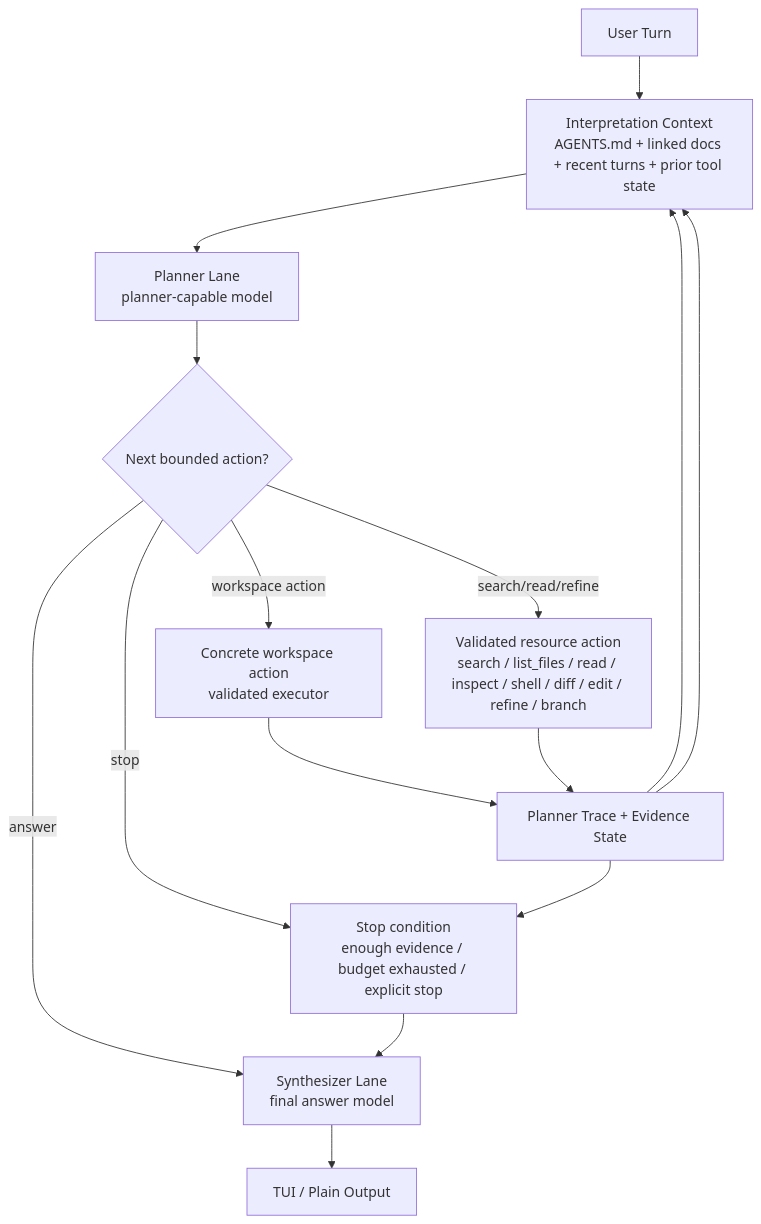
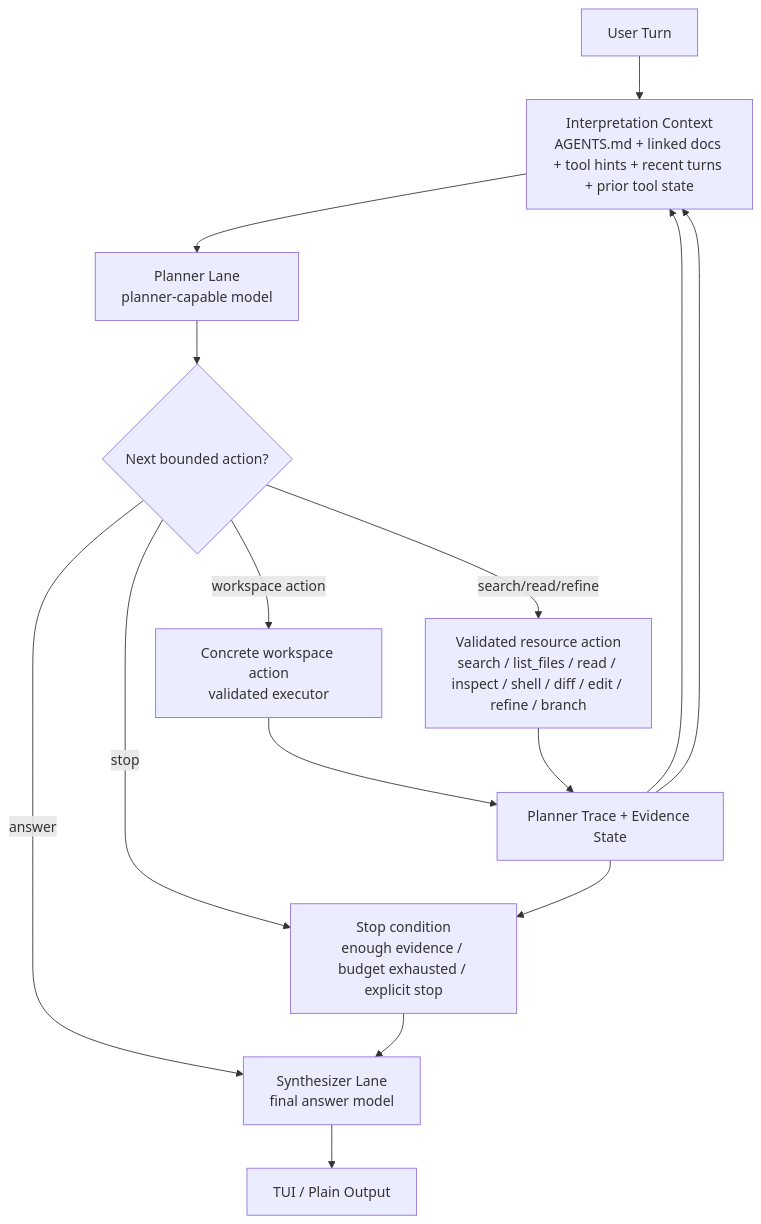
Before and after one commit to spoke-sh/paddles: the first of 5 diagrams in README.md, drawn with Mermaid. The commit also changed other lines of this file and 8 other files, not shown here.

First line of the commit message:
feat: bootstrap planner tool hints from operator docs

````diff
--- a/README.md
+++ b/README.md
@@ -25,21 +25,21 @@
 ```mermaid
 flowchart TD
     U["User Turn"]
-    I["Interpretation Context<br/>AGENTS.md + linked docs + recent turns + prior tool state"]
+    I["Interpretation Context<br/>AGENTS.md + linked docs + tool hints + recent turns + prior tool state"]
     P["Planner Lane<br/>planner-capable model"]
     D{"Next bounded action?"}
     A["Validated resource action<br/>search / list_files / read / inspect / shell / diff / edit / refine / branch"]
     X["Concrete workspace action<br/>validated executor"]
     S["Planner Trace + Evidence State"]
     T["Stop condition<br/>enough evidence / budget exhausted / explicit stop"]
     Y["Synthesizer Lane<br/>final answer model"]
     R["TUI / Plain Output"]
 
     U --> I --> P --> D
     D -->|answer| Y
     D -->|workspace action| X --> S --> I
     D -->|search/read/refine| A --> S --> I
     D -->|stop| T --> Y
     S --> T
     Y --> R
 ```
````
